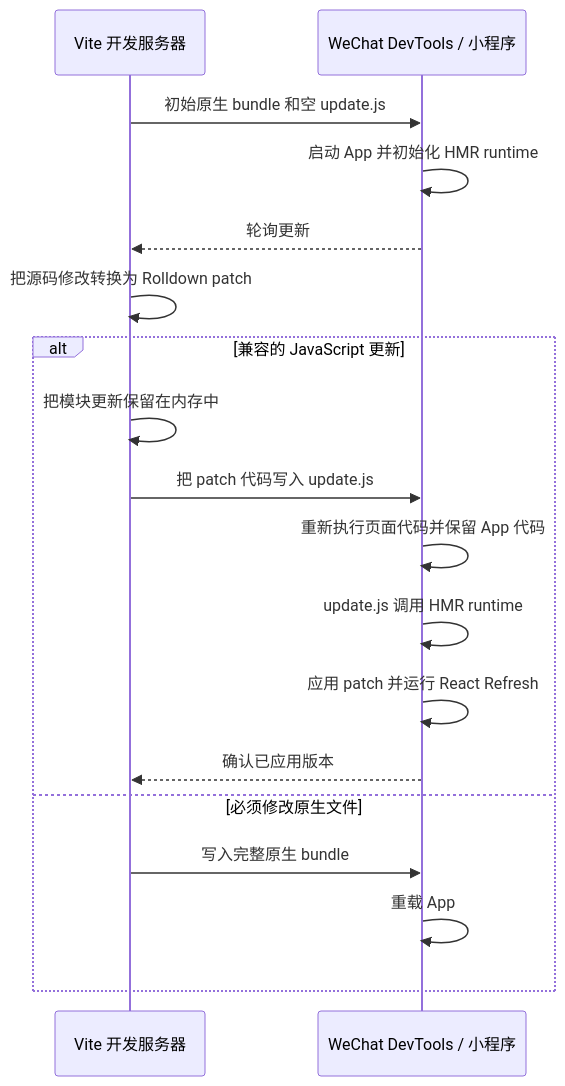
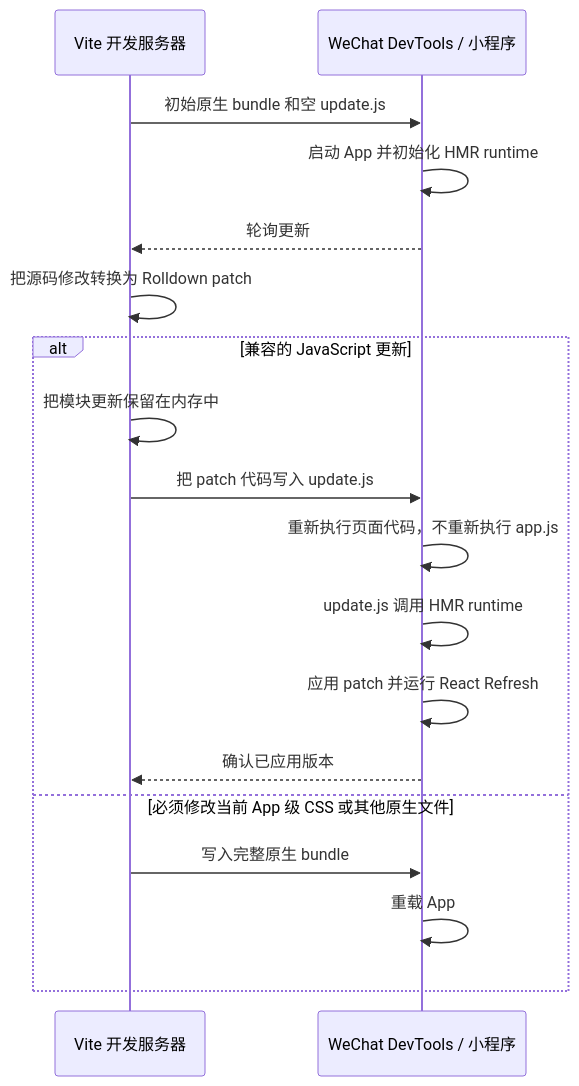
The diagram in draft/hmr-architecture.zh.md (sep2/vite-plugin-taro), drawn with Mermaid before and after one commit. The commit also changed other lines of this file and 9 other files, not shown here.

Commit message:
docs: update core architecture and HMR drafts with WXSS pipeline details and state-preserving hot reload plans

````diff
--- a/draft/hmr-architecture.zh.md
+++ b/draft/hmr-architecture.zh.md
@@ -36,23 +46,23 @@
 ```mermaid
 sequenceDiagram
     participant Server as Vite 开发服务器
     participant WX as WeChat DevTools / 小程序
 
     Server->>WX: 初始原生 bundle 和空 update.js
     WX->>WX: 启动 App 并初始化 HMR runtime
     WX-->>Server: 轮询更新
 
     Server->>Server: 把源码修改转换为 Rolldown patch
 
     alt 兼容的 JavaScript 更新
         Server->>Server: 把模块更新保留在内存中
         Server->>WX: 把 patch 代码写入 update.js
-        WX->>WX: 重新执行页面代码并保留 App 代码
+        WX->>WX: 重新执行页面代码，不重新执行 app.js
         WX->>WX: update.js 调用 HMR runtime
         WX->>WX: 应用 patch 并运行 React Refresh
         WX-->>Server: 确认已应用版本
-    else 必须修改原生文件
+    else 必须修改当前 App 级 CSS 或其他原生文件
         Server->>WX: 写入完整原生 bundle
         WX->>WX: 重载 App
     end
 ```
````
